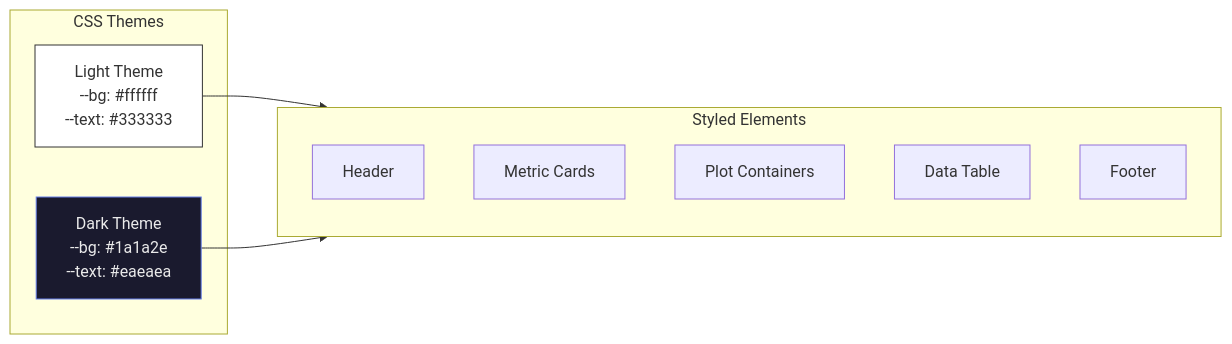
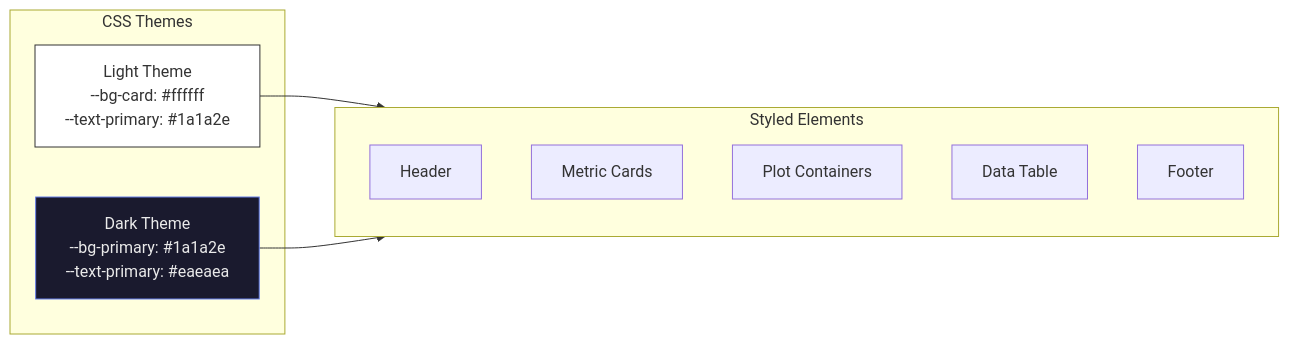
One commit to FOI-Bioinformatics/metadarkmatter changed diagram 19 of 20 in docs/ARCHITECTURE.md. Above: the diagram before and after it, drawn with Mermaid. The commit also changed other lines of this file and 3 other files, not shown here.

````diff
--- a/docs/ARCHITECTURE.md
+++ b/docs/ARCHITECTURE.md
@@ -738,21 +778,21 @@
 ```mermaid
 flowchart LR
     subgraph themes["CSS Themes"]
-        LIGHT["Light Theme<br/>--bg: #ffffff<br/>--text: #333333"]
-        DARK["Dark Theme<br/>--bg: #1a1a2e<br/>--text: #eaeaea"]
+        LIGHT["Light Theme<br/>--bg-card: #ffffff<br/>--text-primary: #1a1a2e"]
+        DARK["Dark Theme<br/>--bg-primary: #1a1a2e<br/>--text-primary: #eaeaea"]
     end
 
     subgraph elements["Styled Elements"]
         HEADER["Header"]
         CARDS["Metric Cards"]
         PLOTS["Plot Containers"]
         TABLE["Data Table"]
         FOOTER["Footer"]
     end
 
     LIGHT --> elements
     DARK --> elements
 
     style LIGHT fill:#fff,stroke:#333
     style DARK fill:#1a1a2e,stroke:#667eea,color:#eaeaea
 ```
````
